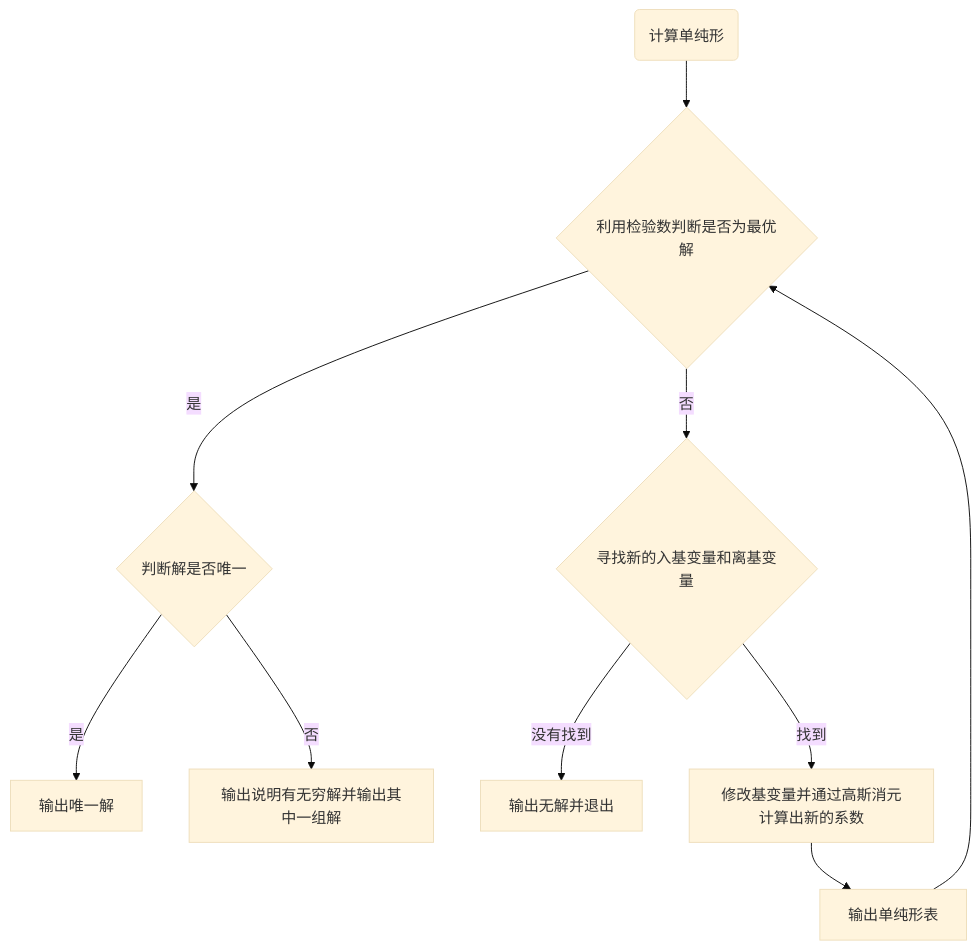
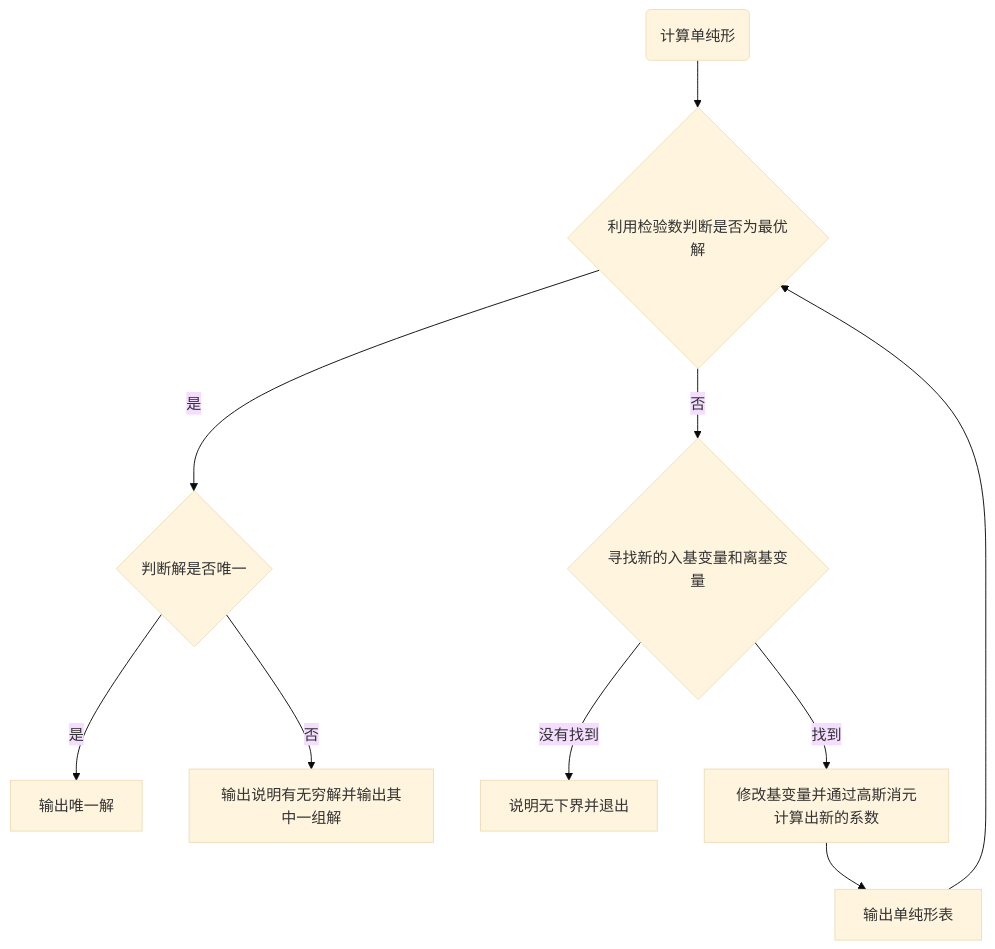
The second of 2 diagrams in README.md (SxyLimit/Simplex), drawn with Mermaid (base theme) before and after one commit. The commit also changed other lines of this file, not shown here.

````diff
--- a/README.md
+++ b/README.md
@@ -16,12 +18,12 @@
 ```mermaid
 flowchart TD
 	A(计算单纯形) --> B{利用检验数判断是否为最优解}
 	B -->|是| F{判断解是否唯一}
 	F -->|是| G[输出唯一解]
 	F -->|否| H[输出说明有无穷解并输出其中一组解]
 	B -->|否| C{寻找新的入基变量和离基变量}
-	C -->|没有找到| D[输出无解并退出]
+	C -->|没有找到| D[说明无下界并退出]
 	C -->|找到| E[修改基变量并通过高斯消元计算出新的系数]
 	E --> I[输出单纯形表]
 	I --> B
 ```
````
